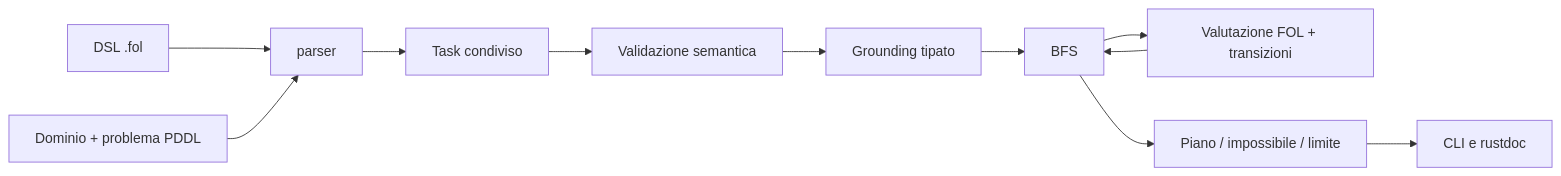
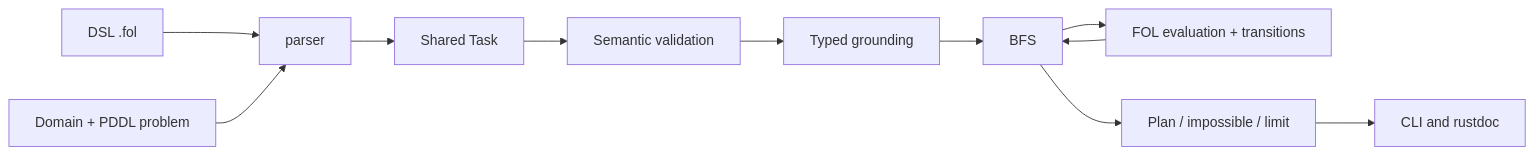
Before and after one commit to LucaSforza/PDDL-FOL: the second of 3 diagrams in kb/02-architettura.md, drawn with Mermaid. The commit also changed other lines of this file and 4 other files, not shown here.

````diff
--- a/kb/02-architettura.md
+++ b/kb/02-architettura.md
@@ -45,13 +45,13 @@
 ```mermaid
 flowchart LR
     F[DSL .fol] --> P[parser]
-    D[Dominio + problema PDDL] --> P
-    P --> T[Task condiviso]
-    T --> V[Validazione semantica]
-    V --> G[Grounding tipato]
+    D[Domain + PDDL problem] --> P
+    P --> T[Shared Task]
+    T --> V[Semantic validation]
+    V --> G[Typed grounding]
     G --> B[BFS]
-    B --> E[Valutazione FOL + transizioni]
+    B --> E[FOL evaluation + transitions]
     E --> B
-    B --> R[Piano / impossibile / limite]
-    R --> C[CLI e rustdoc]
+    B --> R[Plan / impossible / limit]
+    R --> C[CLI and rustdoc]
 ```
````
